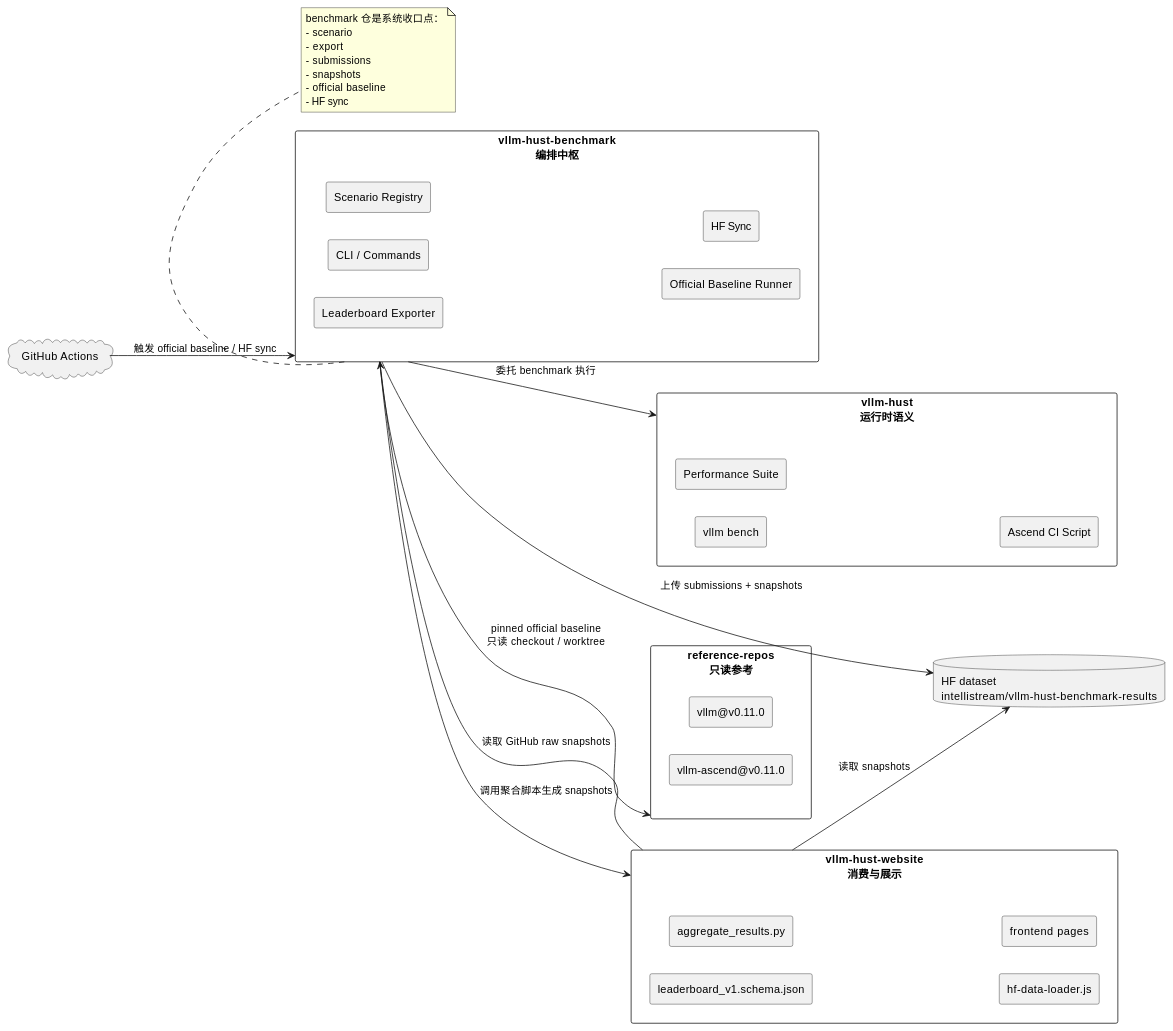
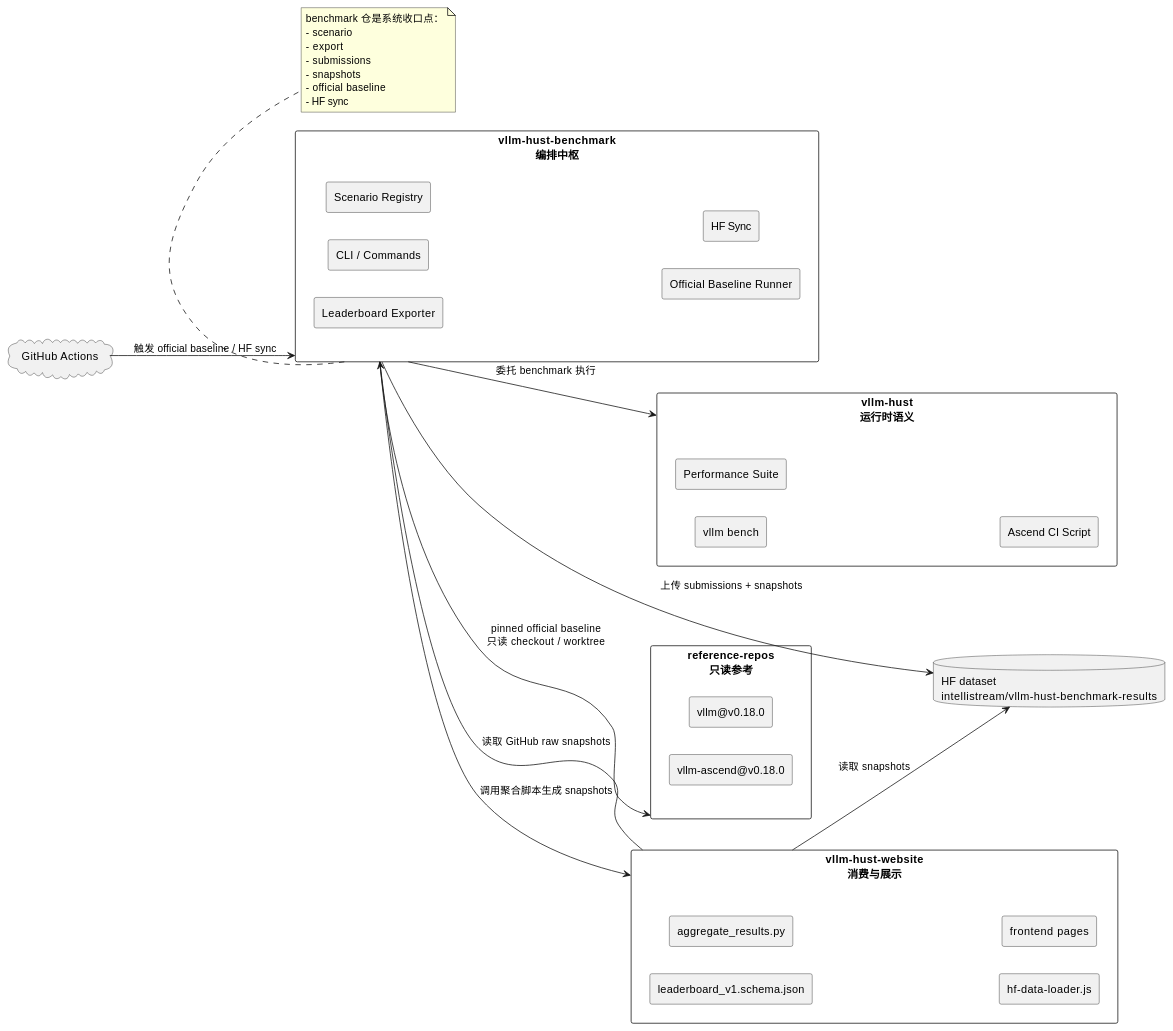
One commit to vLLM-HUST/vllm-hust-benchmark changed the first of 6 diagrams in docs/LEADERBOARD_HANDOFF.md. Above: the diagram before and after it, drawn with PlantUML. The commit also changed other lines of this file and 8 other files, not shown here.

````diff
--- a/docs/LEADERBOARD_HANDOFF.md
+++ b/docs/LEADERBOARD_HANDOFF.md
@@ -66,54 +66,54 @@
 ```plantuml
 @startuml
 left to right direction
 skinparam packageStyle rectangle
 skinparam componentStyle rectangle
 
 package "vllm-hust-benchmark\n编排中枢" as BENCH {
   [CLI / Commands]
   [Scenario Registry]
   [Leaderboard Exporter]
   [Official Baseline Runner]
   [HF Sync]
 }
 
 package "vllm-hust\n运行时语义" as HUST {
   [vllm bench]
   [Performance Suite]
   [Ascend CI Script]
 }
 
 package "reference-repos\n只读参考" as REF {
-  [vllm@v0.11.0]
-  [vllm-ascend@v0.11.0]
+  [vllm@v0.18.0]
+  [vllm-ascend@v0.18.0]
 }
 
 package "vllm-hust-website\n消费与展示" as WEB {
   [leaderboard_v1.schema.json]
   [aggregate_results.py]
   [hf-data-loader.js]
   [frontend pages]
 }
 
 cloud "GitHub Actions" as GHA
 database "HF dataset\nintellistream/vllm-hust-benchmark-results" as HF
 
 BENCH --> HUST : 委托 benchmark 执行
 BENCH --> REF : pinned official baseline\n只读 checkout / worktree
 BENCH --> WEB : 调用聚合脚本生成 snapshots
 GHA --> BENCH : 触发 official baseline / HF sync
 BENCH --> HF : 上传 submissions + snapshots
 WEB --> HF : 读取 snapshots
 WEB --> BENCH : 读取 GitHub raw snapshots
 
 note bottom of BENCH
 benchmark 仓是系统收口点：
 - scenario
 - export
 - submissions
 - snapshots
 - official baseline
 - HF sync
 end note
 @enduml
 ```
````
